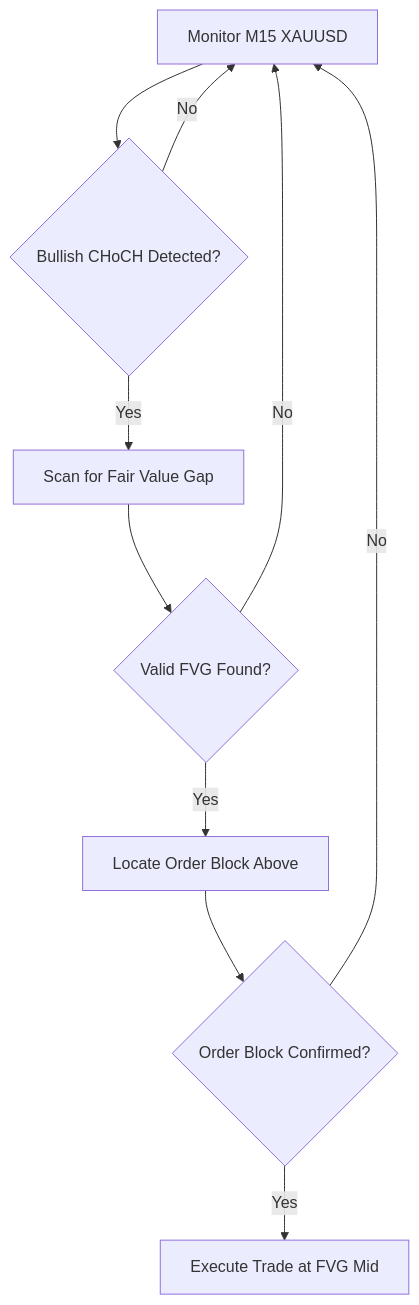
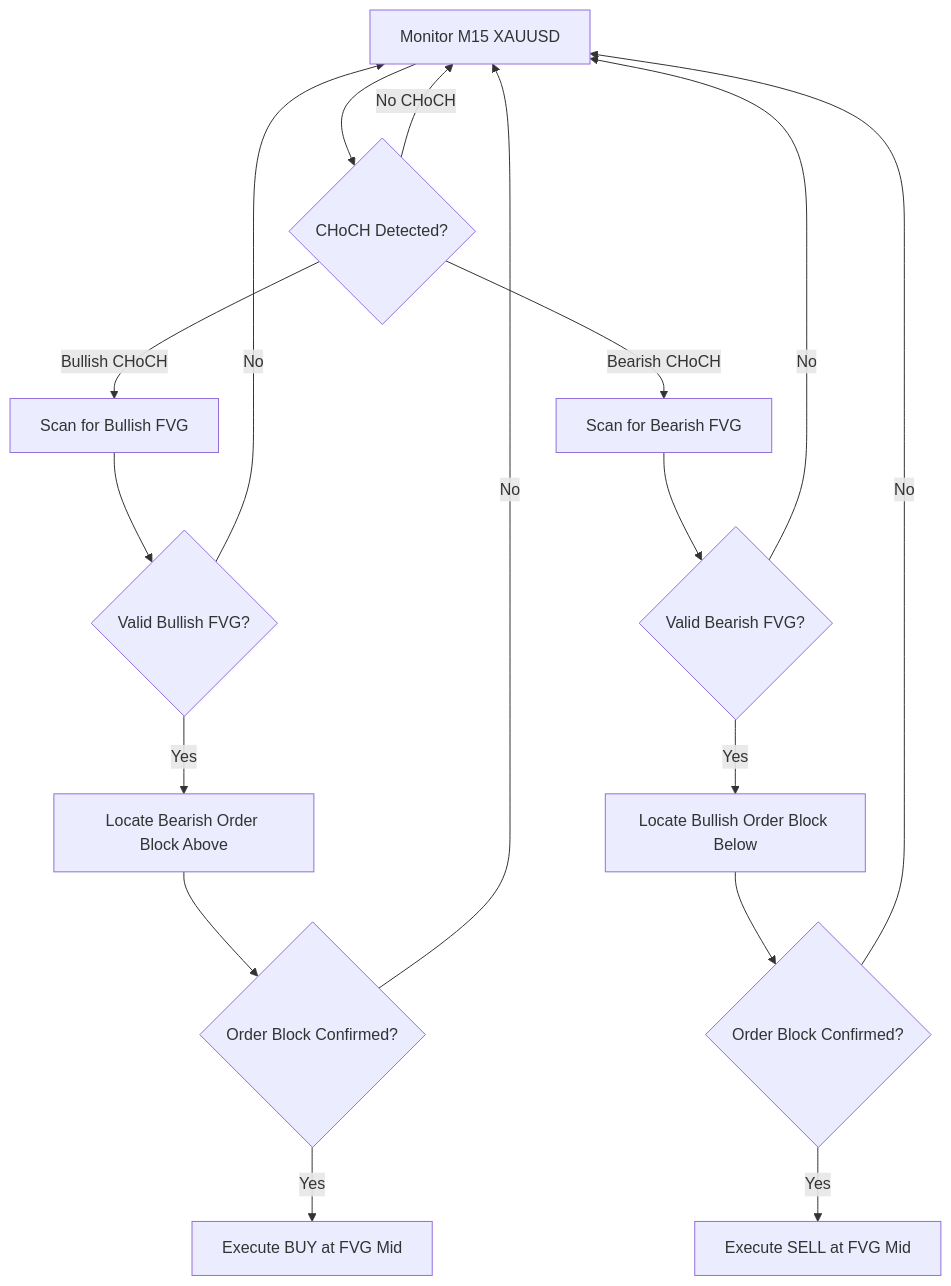
Before and after one commit to lordgaruda/XAU-scalper-Act: the diagram in README.md, drawn with Mermaid. The commit also changed other lines of this file and 1 other file, not shown here.

Commit message:
feat: Add complete sell-side logic with bidirectional SMC trading

````diff
--- a/README.md
+++ b/README.md
@@ -77,12 +86,19 @@
 ```mermaid
 graph TD
-    A[Monitor M15 XAUUSD] --> B{Bullish CHoCH Detected?}
-    B -->|No| A
-    B -->|Yes| C[Scan for Fair Value Gap]
-    C --> D{Valid FVG Found?}
+    A[Monitor M15 XAUUSD] --> B{CHoCH Detected?}
+    B -->|Bullish CHoCH| C[Scan for Bullish FVG]
+    B -->|Bearish CHoCH| C2[Scan for Bearish FVG]
+    B -->|No CHoCH| A
+    C --> D{Valid Bullish FVG?}
+    C2 --> D2{Valid Bearish FVG?}
+    D -->|Yes| E[Locate Bearish Order Block Above]
+    D2 -->|Yes| E2[Locate Bullish Order Block Below]
     D -->|No| A
-    D -->|Yes| E[Locate Order Block Above]
+    D2 -->|No| A
     E --> F{Order Block Confirmed?}
+    E2 --> F2{Order Block Confirmed?}
+    F -->|Yes| G[Execute BUY at FVG Mid]
+    F2 -->|Yes| G2[Execute SELL at FVG Mid]
     F -->|No| A
-    F -->|Yes| G[Execute Trade at FVG Mid]
+    F2 -->|No| A
 ```
````
